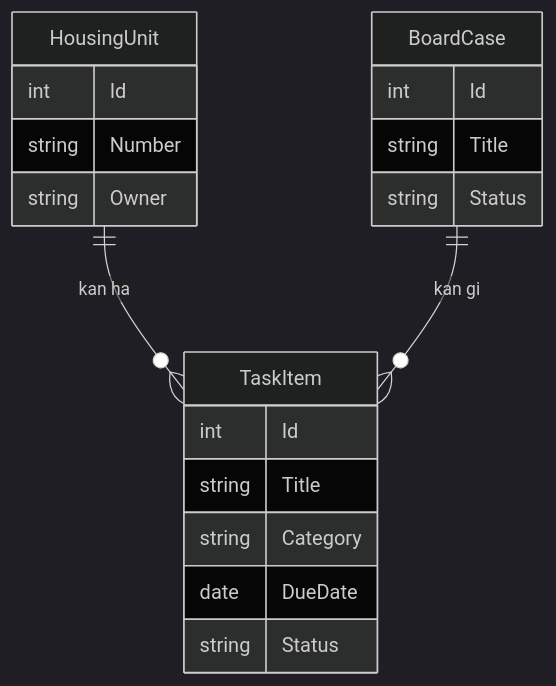
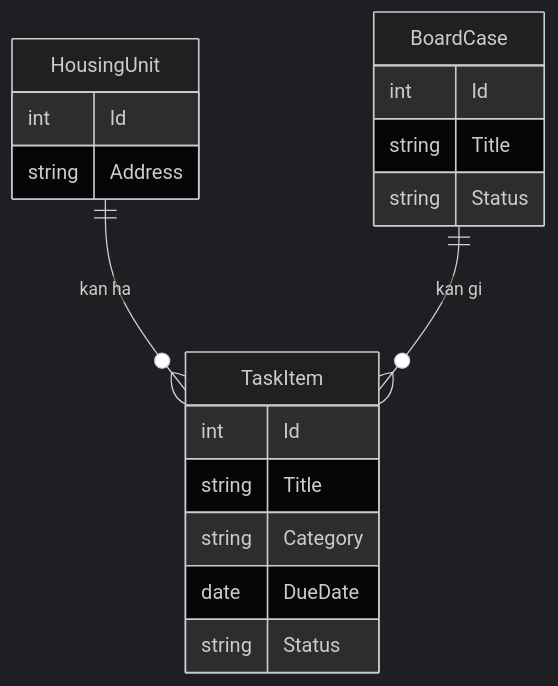
One commit to rmk062026/SameieHub changed the second of 2 diagrams in docs/ARCHITECTURE.md. Above: the diagram before and after it, drawn with Mermaid (dark theme). The commit also changed other lines of this file and 3 other files, not shown here.

````diff
--- a/docs/ARCHITECTURE.md
+++ b/docs/ARCHITECTURE.md
@@ -35,22 +35,21 @@
 ```mermaid
 erDiagram
     HousingUnit ||--o{ TaskItem : "kan ha"
     BoardCase ||--o{ TaskItem : "kan gi"
     HousingUnit {
         int Id
-        string Number
-        string Owner
+        string Address
     }
     BoardCase {
         int Id
         string Title
         string Status
     }
     TaskItem {
         int Id
         string Title
         string Category
         date DueDate
         string Status
     }
 ```
````
